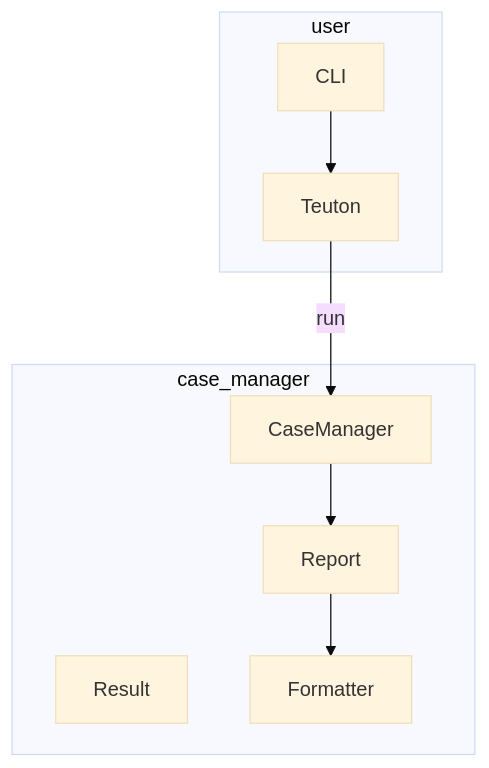
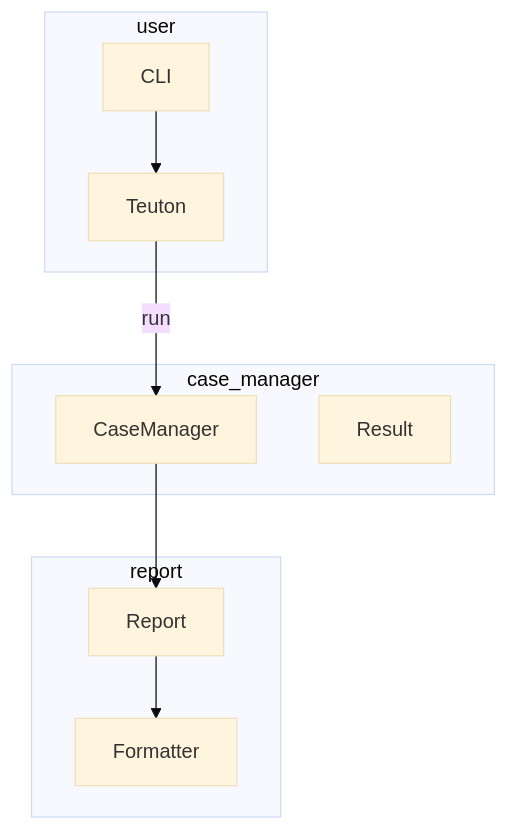
One commit to teuton-software/teuton changed the second of 2 diagrams in docs/diagram.md. Above: the diagram before and after it, drawn with Mermaid (base theme).

````diff
--- a/docs/diagram.md
+++ b/docs/diagram.md
@@ -43,17 +43,17 @@
 ```mermaid
 flowchart TB
 
 subgraph user
   CLI --> Teuton
 end
 
 subgraph case_manager
   Teuton -- run --> CaseManager
   Result
 end
 
-subgraph case_manager
+subgraph report
   CaseManager --> Report
   Report --> Formatter
 end
 ```
````
